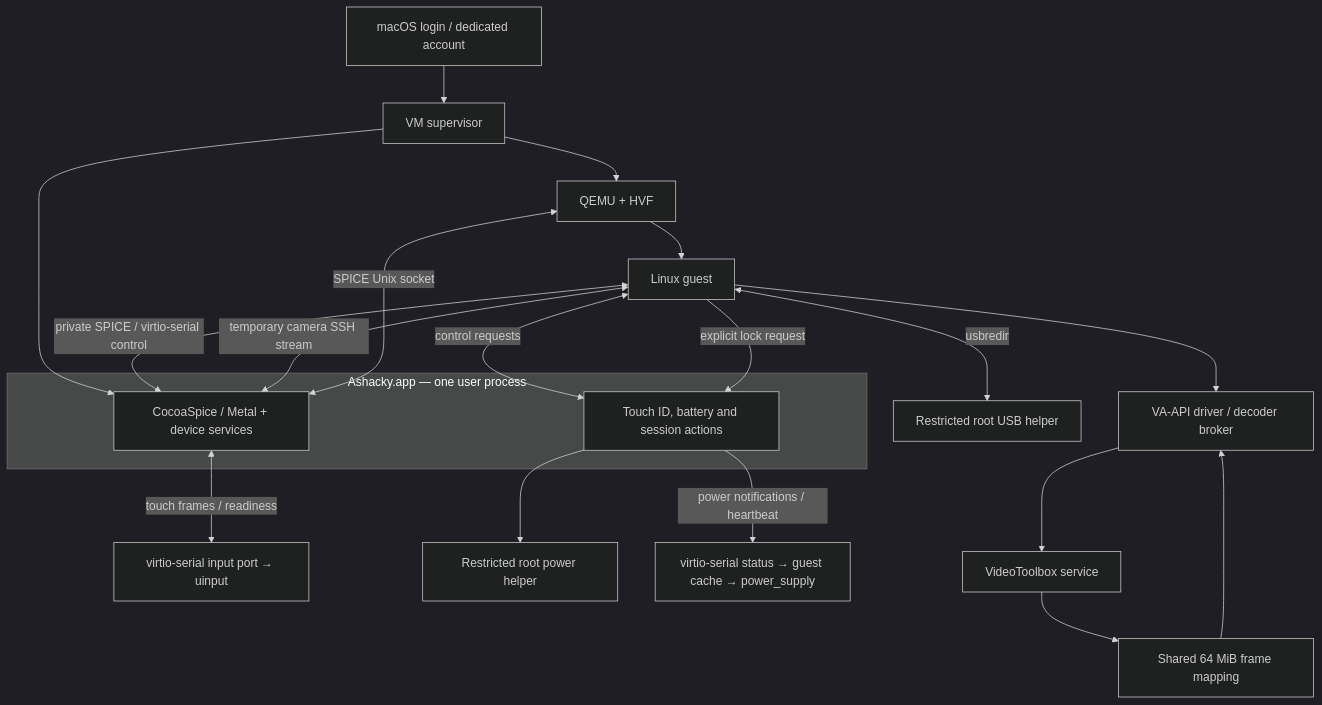
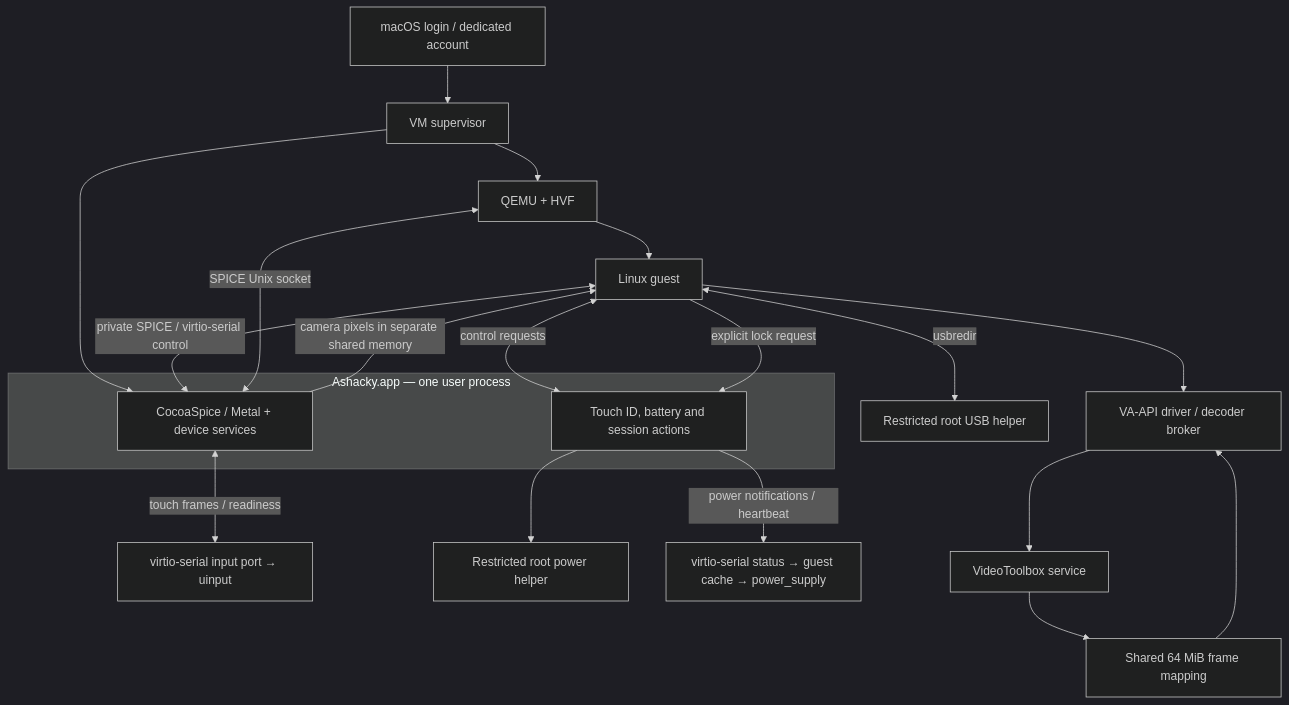
One commit to aynik/ashacky changed the diagram in docs/ARCHITECTURE.md. Above: the diagram before and after it, drawn with Mermaid (dark theme). The commit also changed other lines of this file and 31 other files, not shown here.

First line of the commit message:
Move webcam frames to shared memory and retire runtime SSH

````diff
--- a/docs/ARCHITECTURE.md
+++ b/docs/ARCHITECTURE.md
@@ -7,24 +7,24 @@
 ```mermaid
 flowchart TB
   Login[macOS login / dedicated account] --> Session[VM supervisor]
   Session --> QEMU[QEMU + HVF]
   Session --> Frontend
   subgraph App[Ashacky.app — one user process]
     Frontend[CocoaSpice / Metal + device services]
     Control[Touch ID, battery and session actions]
   end
   Frontend <-->|SPICE Unix socket| QEMU
   QEMU --> Guest[Linux guest]
   Frontend <-->|touch frames / readiness| Input[virtio-serial input port → uinput]
   Guest <-->|private SPICE / virtio-serial control| Frontend
-  Guest <-->|temporary camera SSH stream| Frontend
+  Frontend -->|camera pixels in separate shared memory| Guest
   Guest <-->|control requests| Control
   Control --> Power[Restricted root power helper]
   Control -->|power notifications / heartbeat| Telemetry[virtio-serial status → guest cache → power_supply]
   Guest -->|explicit lock request| Control
   Guest <-->|usbredir| USB[Restricted root USB helper]
   Guest --> VA[VA-API driver / decoder broker]
   VA --> VT[VideoToolbox service]
   VT --> Memory[Shared 64 MiB frame mapping]
   Memory --> VA
 ```
````
